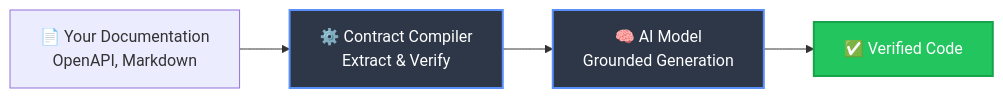
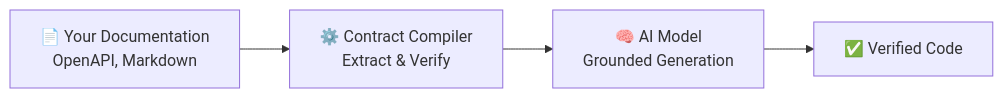
One commit to jobel-ai/jobel-ai.github.io changed the diagram in documentation/docs/why-jobel.md. Above: the diagram before and after it, drawn with Mermaid. The commit also changed 5 other files, not shown here.

````diff
--- a/documentation/docs/why-jobel.md
+++ b/documentation/docs/why-jobel.md
@@ -42,10 +42,6 @@
 ```mermaid
 flowchart LR
     Docs[📄 Your Documentation<br/>OpenAPI, Markdown] --> Compiler[⚙️ Contract Compiler<br/>Extract & Verify]
     Compiler --> AI[🧠 AI Model<br/>Grounded Generation]
     AI --> Code[✅ Verified Code]
-    
-    style Compiler fill:#2d3748,stroke:#5b8ff9,stroke-width:2px,color:#fff
-    style AI fill:#2d3748,stroke:#5b8ff9,stroke-width:2px,color:#fff
-    style Code fill:#22c55e,stroke:#16a34a,stroke-width:2px,color:#fff
 ```
````
